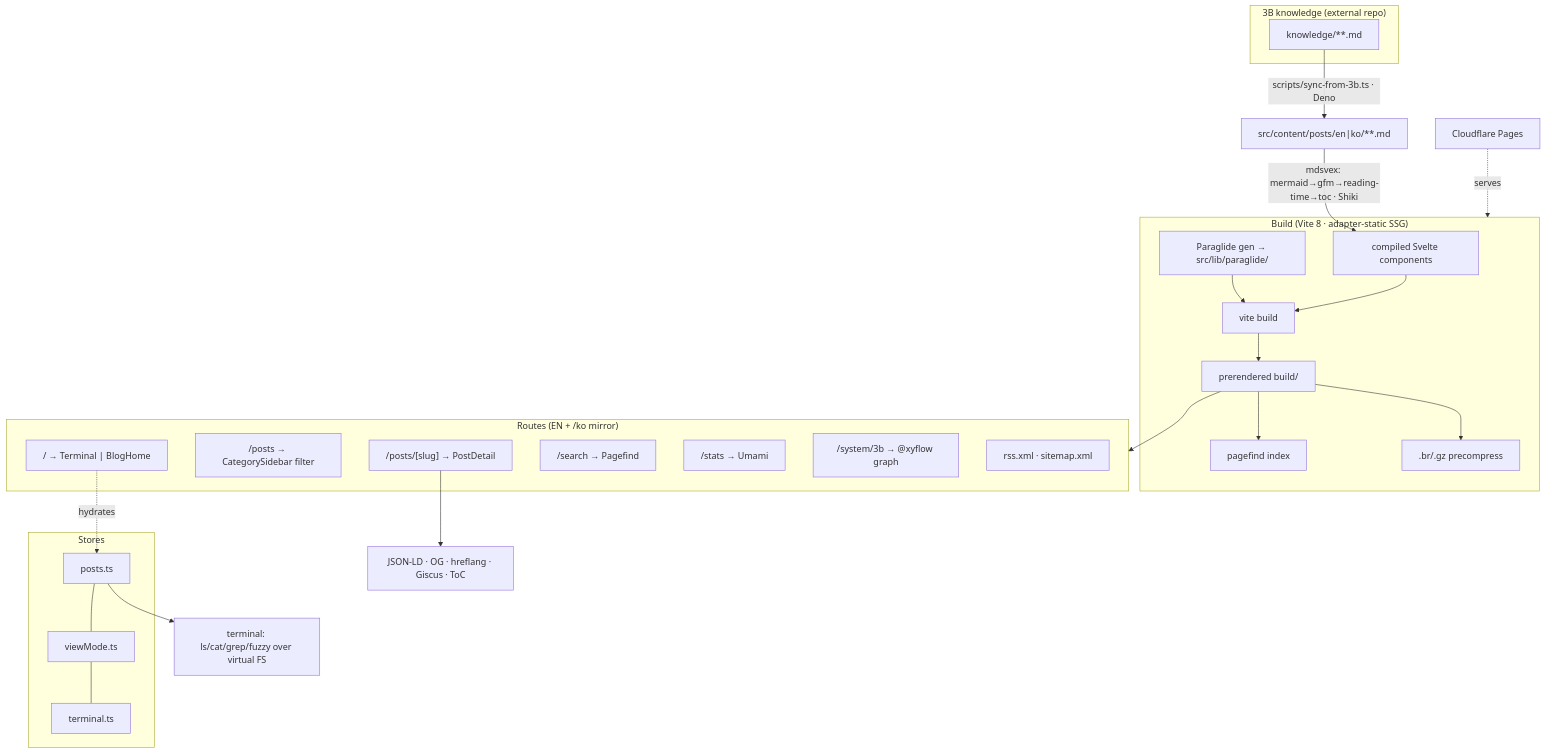
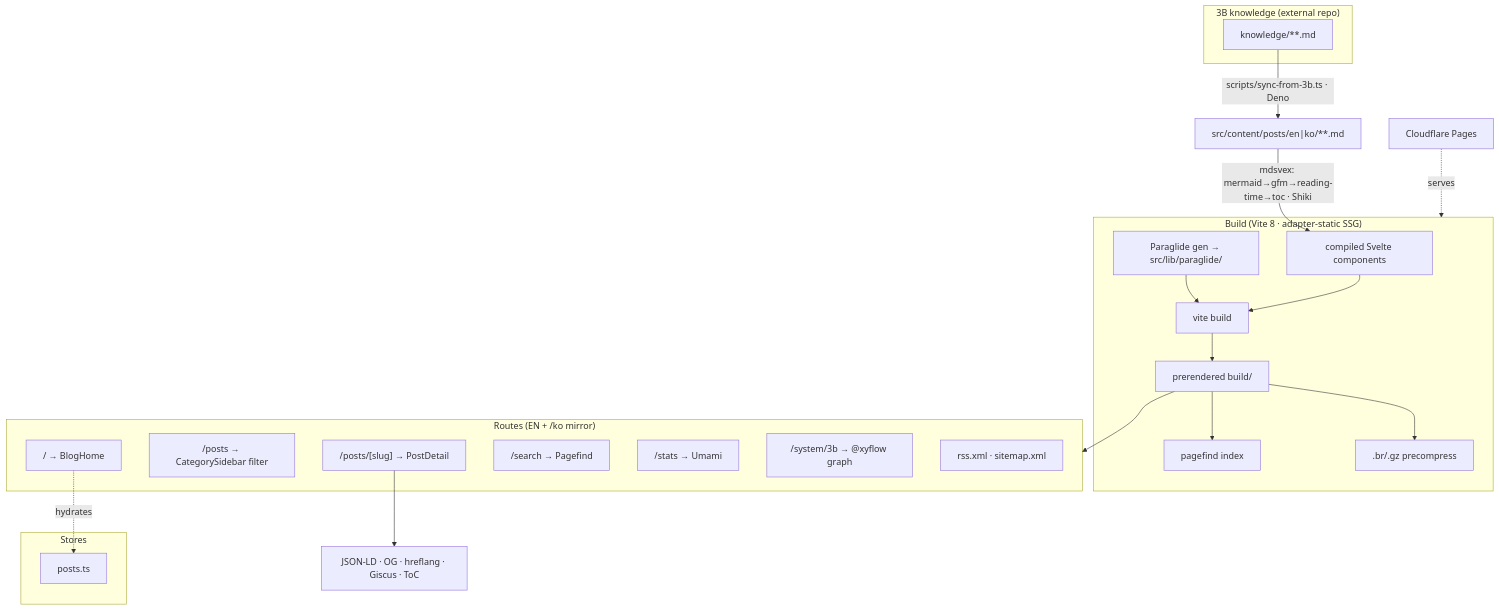
One commit to brandonwie/brandonwie.dev changed the diagram in architecture/README.md. Above: the diagram before and after it, drawn with Mermaid. The commit also changed other lines of this file and 40 other files, not shown here.

First line of the commit message:
feat: retire terminal mode; rehome bio/help/social to blog + command palette (ADR-0001)

````diff
--- a/architecture/README.md
+++ b/architecture/README.md
@@ -31,36 +31,35 @@
 ```mermaid
 flowchart TD
     subgraph src["3B knowledge (external repo)"]
       K[knowledge/**.md]
     end
     K -->|scripts/sync-from-3b.ts · Deno| MD["src/content/posts/en|ko/**.md"]
     MD -->|mdsvex: mermaid→gfm→reading-time→toc · Shiki| COMP[compiled Svelte components]
 
     subgraph build["Build (Vite 8 · adapter-static SSG)"]
       PARA[Paraglide gen → src/lib/paraglide/] --> VITE[vite build]
       COMP --> VITE
       VITE --> HTML[prerendered build/]
       HTML --> PF[pagefind index]
       HTML --> PRE[.br/.gz precompress]
     end
 
     subgraph routes["Routes (EN + /ko mirror)"]
-      HOME["/ → Terminal | BlogHome"]
+      HOME["/ → BlogHome"]
       LIST["/posts → CategorySidebar filter"]
       POST["/posts/[slug] → PostDetail"]
       SEARCH["/search → Pagefind"]
       STATS["/stats → Umami"]
       SYS["/system/3b → @xyflow graph"]
       FEEDS["rss.xml · sitemap.xml"]
     end
     HTML --> routes
 
     subgraph state["Stores"]
-      P[posts.ts] --- V[viewMode.ts] --- T[terminal.ts]
+      P[posts.ts]
     end
     HOME -. hydrates .-> P
-    P --> TERM[terminal: ls/cat/grep/fuzzy over virtual FS]
     POST --> SEO[JSON-LD · OG · hreflang · Giscus · ToC]
 
     CF[Cloudflare Pages] -.serves.-> build
 ```
````
